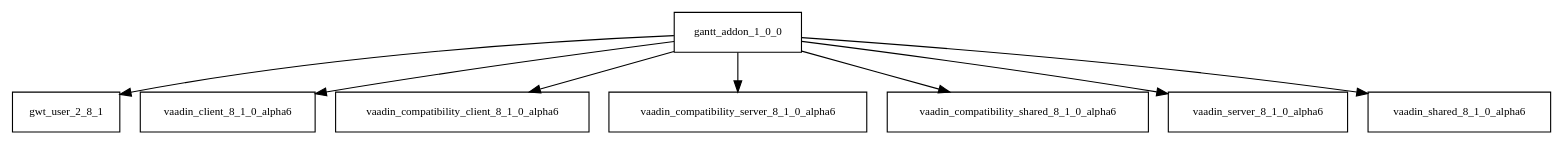
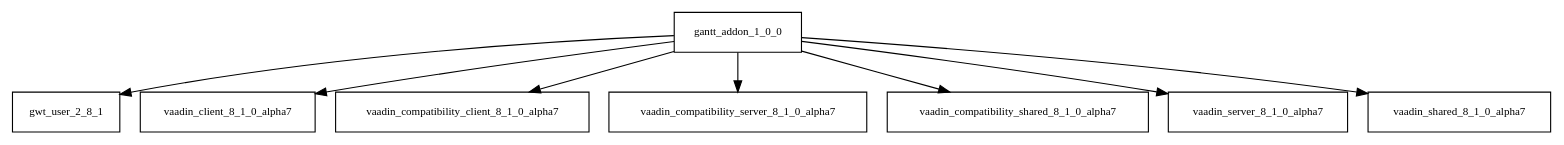
The diagram in tattleTaleReport/graphviz/gantt-addon-1.0.0.jar/gantt-addon-1.0.0.jar.dot (AglaianWoman/cia), drawn with Graphviz before and after one commit. The commit also changed 1067 other files, not shown here.

```diff
--- a/tattleTaleReport/graphviz/gantt-addon-1.0.0.jar/gantt-addon-1.0.0.jar.dot
+++ b/tattleTaleReport/graphviz/gantt-addon-1.0.0.jar/gantt-addon-1.0.0.jar.dot
@@ -1,10 +1,10 @@
 digraph gantt_addon_1_0_0_dependencies {
   node [shape = box, fontsize=10.0];
   gantt_addon_1_0_0 -> gwt_user_2_8_1;
-  gantt_addon_1_0_0 -> vaadin_client_8_1_0_alpha6;
-  gantt_addon_1_0_0 -> vaadin_compatibility_client_8_1_0_alpha6;
-  gantt_addon_1_0_0 -> vaadin_compatibility_server_8_1_0_alpha6;
-  gantt_addon_1_0_0 -> vaadin_compatibility_shared_8_1_0_alpha6;
-  gantt_addon_1_0_0 -> vaadin_server_8_1_0_alpha6;
-  gantt_addon_1_0_0 -> vaadin_shared_8_1_0_alpha6;
+  gantt_addon_1_0_0 -> vaadin_client_8_1_0_alpha7;
+  gantt_addon_1_0_0 -> vaadin_compatibility_client_8_1_0_alpha7;
+  gantt_addon_1_0_0 -> vaadin_compatibility_server_8_1_0_alpha7;
+  gantt_addon_1_0_0 -> vaadin_compatibility_shared_8_1_0_alpha7;
+  gantt_addon_1_0_0 -> vaadin_server_8_1_0_alpha7;
+  gantt_addon_1_0_0 -> vaadin_shared_8_1_0_alpha7;
 }
```
